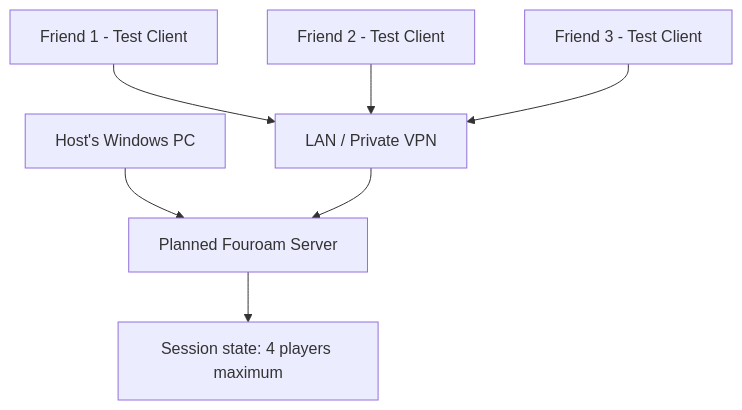
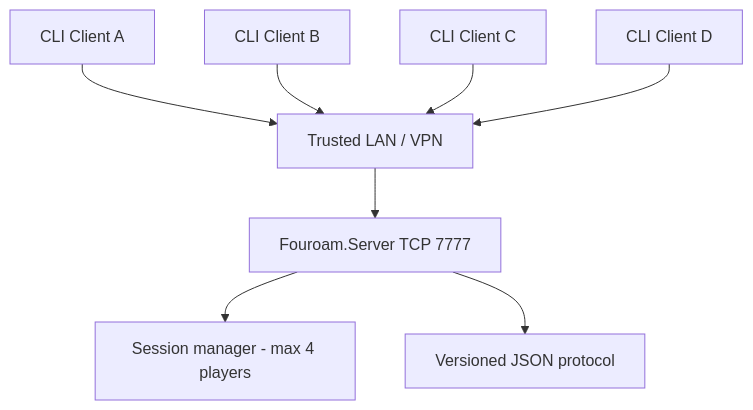
One commit to Fouroam-Dev/Fouroam-Server changed the diagram in docs/ARCHITECTURE.md. Above: the diagram before and after it, drawn with Mermaid. The commit also changed other lines of this file and 16 other files, not shown here.

Commit message:
feat(network): add self-hosted TCP server and test client

````diff
--- a/docs/ARCHITECTURE.md
+++ b/docs/ARCHITECTURE.md
@@ -7,9 +7,10 @@
-```mermaid
+~~~mermaid
 flowchart TD
-    H[Host's Windows PC] --> S[Planned Fouroam Server]
-    A[Friend 1 - Test Client] --> N[LAN / Private VPN]
-    B[Friend 2 - Test Client] --> N
-    C[Friend 3 - Test Client] --> N
-    N --> S
-    S --> M[Session state: 4 players maximum]
-```
+    C1[CLI Client A] --> N[Trusted LAN / VPN]
+    C2[CLI Client B] --> N
+    C3[CLI Client C] --> N
+    C4[CLI Client D] --> N
+    N --> S[Fouroam.Server TCP 7777]
+    S --> M[Session manager - max 4 players]
+    S --> P[Versioned JSON protocol]
+~~~
````
